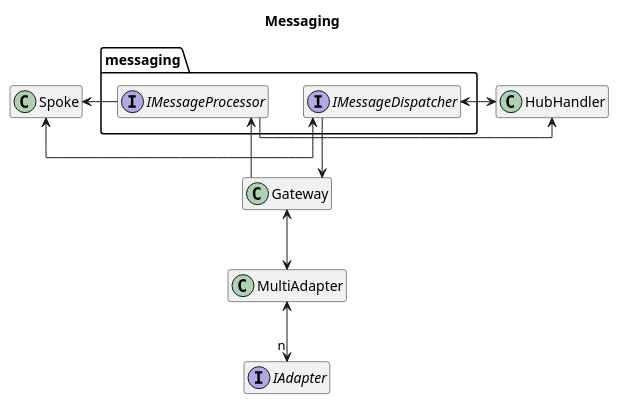
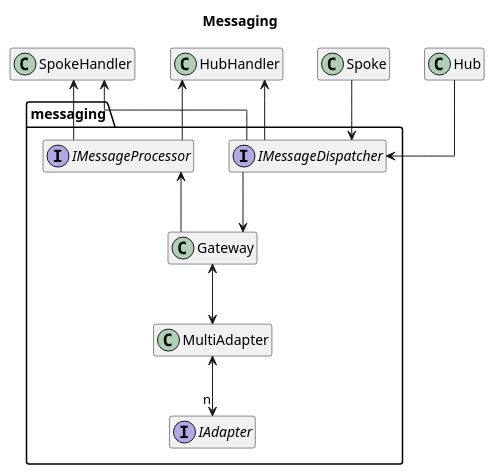
The diagram in docs/architecture/core/messaging.puml (centrifuge/protocol), drawn with PlantUML before and after one commit. The commit also changed 1 other file, not shown here.

Commit message:
update diagrams

```diff
--- a/docs/architecture/core/messaging.puml
+++ b/docs/architecture/core/messaging.puml
@@ -1,31 +1,35 @@
 @startuml messaging
 title Messaging
 hide empty members
 
 skinparam linetype ortho
 
 package messaging {
     interface IMessageDispatcher
     interface IMessageProcessor
+    class Gateway
+    class MultiAdapter
+    interface IAdapter
 }
 
-class Gateway
-class MultiAdapter
 class Spoke
+class SpokeHandler
+class Hub
 class HubHandler
 
-interface IAdapter
 
-Spoke <-> IMessageDispatcher
-HubHandler <-> IMessageDispatcher
-IMessageProcessor --> HubHandler
-IMessageProcessor --> Spoke
+Spoke --> IMessageDispatcher
+Hub --> IMessageDispatcher
+IMessageDispatcher -up-> SpokeHandler
+IMessageDispatcher -up-> HubHandler
+IMessageProcessor -up-> HubHandler
+IMessageProcessor -up-> SpokeHandler
 
 IMessageDispatcher --> Gateway
 
-Gateway --> IMessageProcessor
+Gateway -up-> IMessageProcessor
 Gateway <-down-> MultiAdapter
 MultiAdapter <-down-> "n" IAdapter
 
 
 @enduml
```
